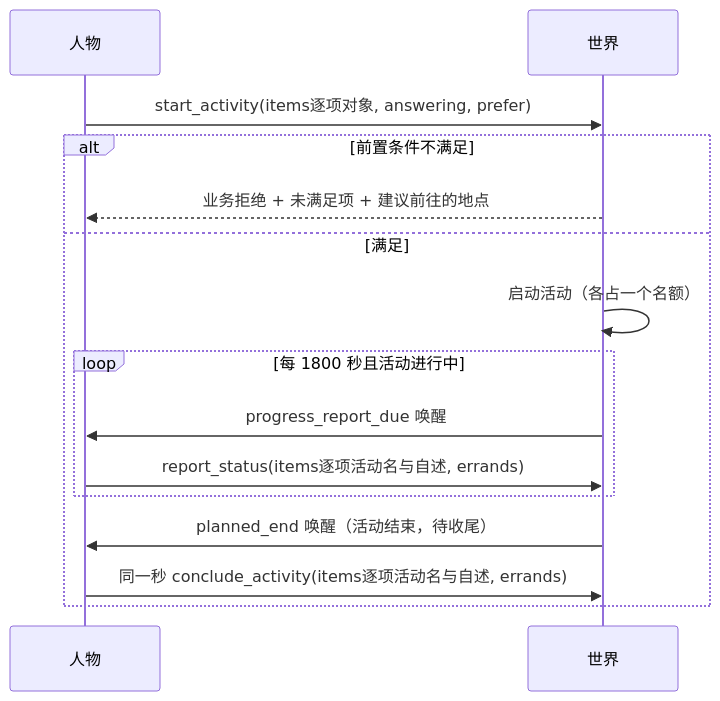
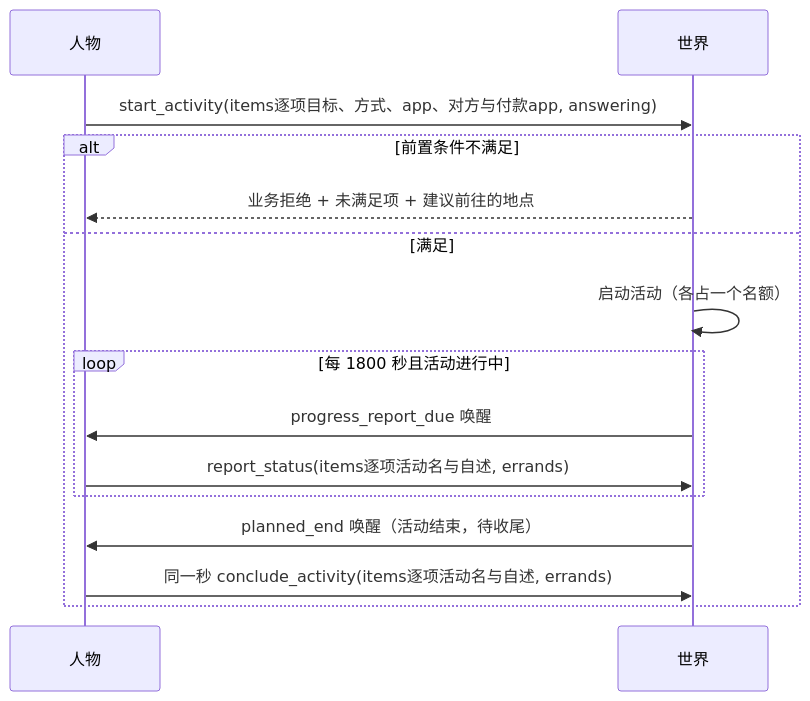
The fourth of 5 diagrams in docs/dev/SPEC-agent-interaction.md (HoldThatThgt/WorldMock), drawn with Mermaid before and after one commit. The commit also changed other lines of this file and 289 other files, not shown here.

````diff
--- a/docs/dev/SPEC-agent-interaction.md
+++ b/docs/dev/SPEC-agent-interaction.md
@@ -468,17 +479,17 @@
 ```mermaid
 sequenceDiagram
     participant P as 人物
     participant W as 世界
-    P->>W: start_activity(items逐项对象, answering, prefer)
+    P->>W: start_activity(items逐项目标、方式、app、对方与付款app, answering)
     alt 前置条件不满足
         W-->>P: 业务拒绝 + 未满足项 + 建议前往的地点
     else 满足
         W->>W: 启动活动（各占一个名额）
         loop 每 1800 秒且活动进行中
             W->>P: progress_report_due 唤醒
             P->>W: report_status(items逐项活动名与自述, errands)
         end
         W->>P: planned_end 唤醒（活动结束，待收尾）
         P->>W: 同一秒 conclude_activity(items逐项活动名与自述, errands)
     end
 ```
````
